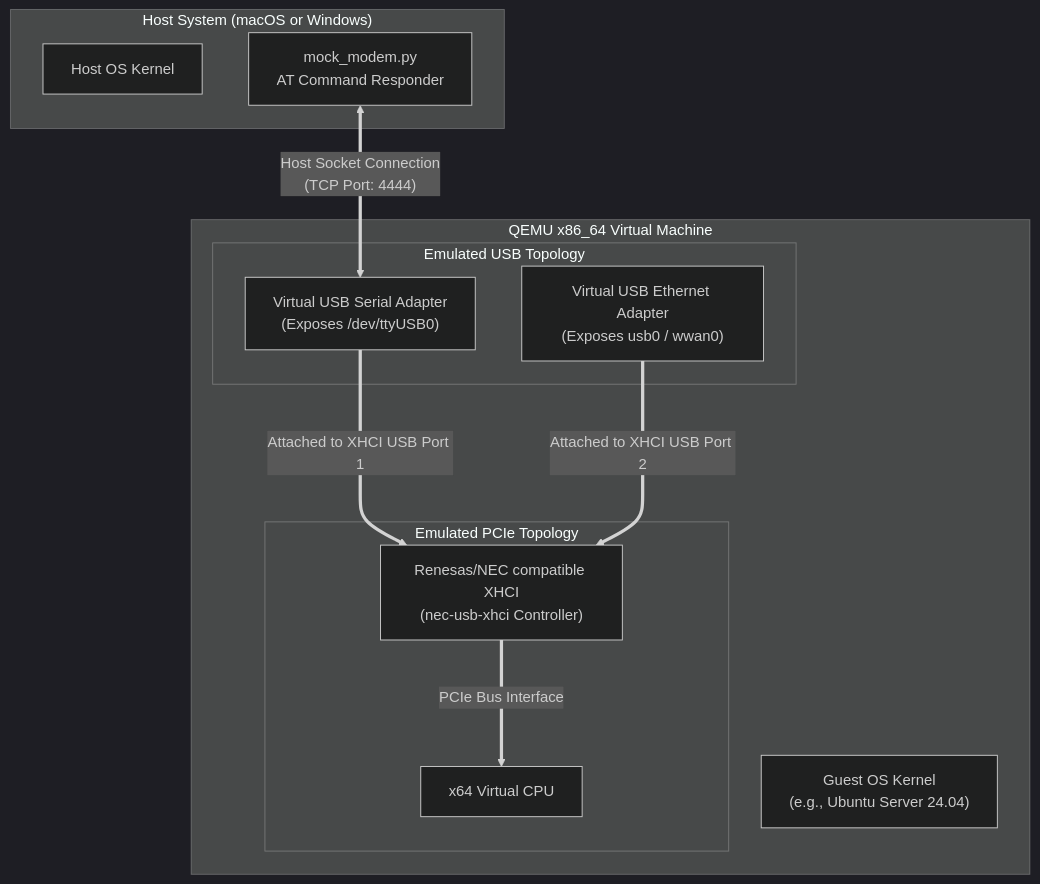
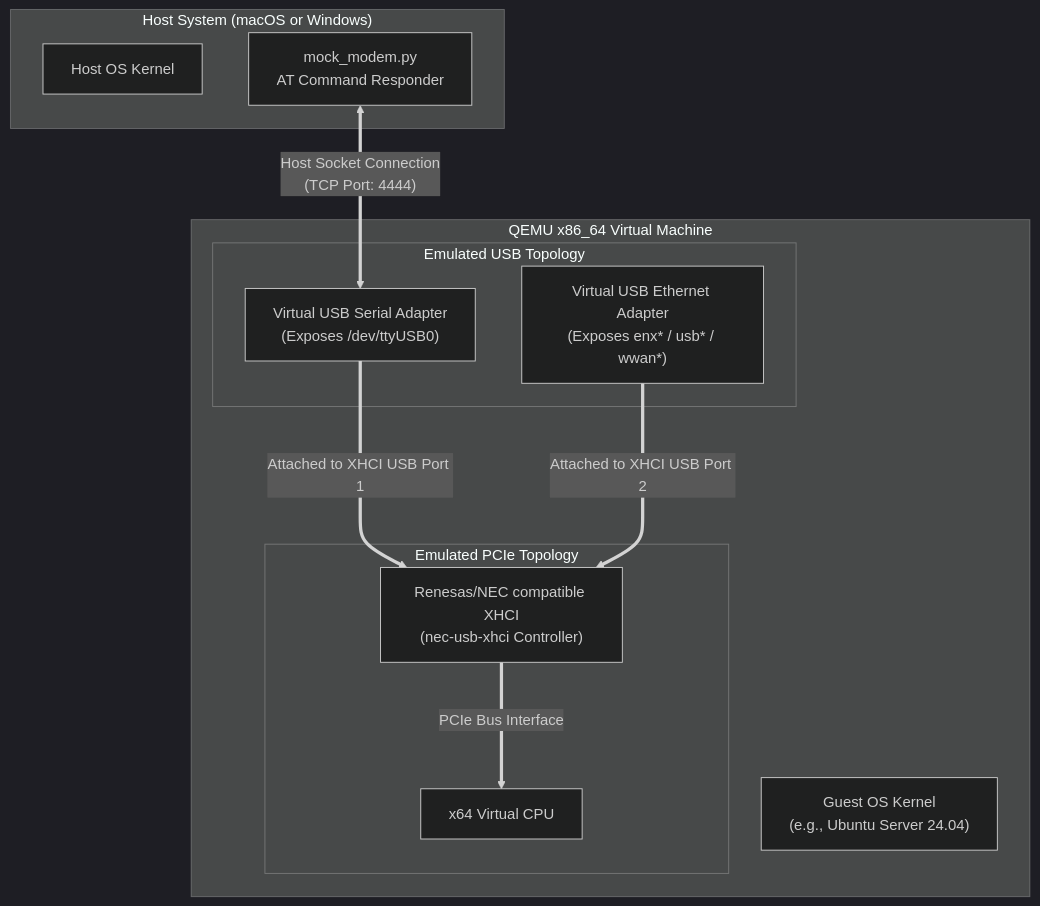
One commit to sunnyvale-it/renesas-sierra changed the diagram in README.md. Above: the diagram before and after it, drawn with Mermaid (dark theme). The commit also changed other lines of this file, not shown here.

Commit message:
docs: update USB network device naming conventions and add SSH connection instructions to README

````diff
--- a/README.md
+++ b/README.md
@@ -13,26 +13,26 @@
 ```mermaid
 graph TD
     subgraph "Host System (macOS or Windows)"
         HostOS["Host OS Kernel"]
         MockDaemon["mock_modem.py<br/>AT Command Responder"]
     end
 
     subgraph "QEMU x86_64 Virtual Machine"
         GuestKernel["Guest OS Kernel<br/>(e.g., Ubuntu Server 24.04)"]
         
         subgraph "Emulated PCIe Topology"
             VM_CPU["x64 Virtual CPU"]
             XHCI["Renesas/NEC compatible XHCI<br/>(nec-usb-xhci Controller)"]
         end
         
         subgraph "Emulated USB Topology"
             VM_Serial["Virtual USB Serial Adapter<br/>(Exposes /dev/ttyUSB0)"]
-            VM_Net["Virtual USB Ethernet Adapter<br/>(Exposes usb0 / wwan0)"]
+            VM_Net["Virtual USB Ethernet Adapter<br/>(Exposes enx* / usb* / wwan*)"]
         end
     end
 
     MockDaemon <==>|"Host Socket Connection<br/>(TCP Port: 4444)"| VM_Serial
     XHCI ===>|"PCIe Bus Interface"| VM_CPU
     VM_Serial ===>|"Attached to XHCI USB Port 1"| XHCI
     VM_Net ===>|"Attached to XHCI USB Port 2"| XHCI
 ```
````
